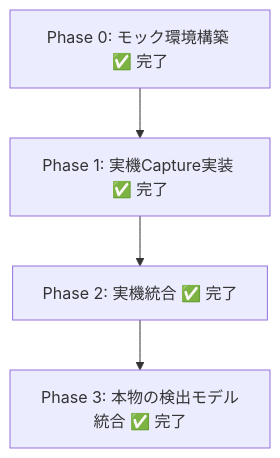
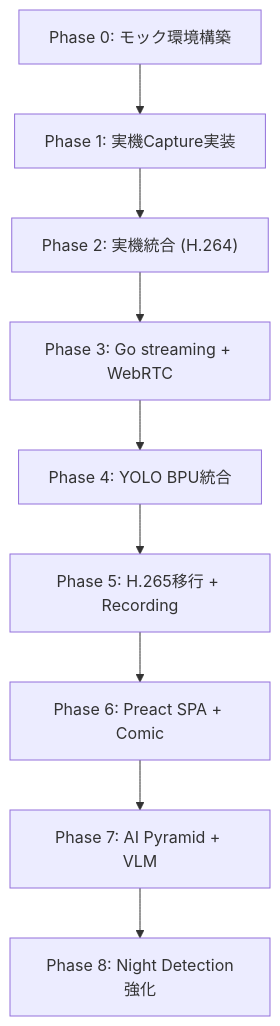
The diagram in docs/development_roadmap.md (dj-oyu/rdk-x5_smart-pet-camera), drawn with Mermaid before and after one commit. The commit also changed other lines of this file and 32 other files, not shown here.

````diff
--- a/docs/development_roadmap.md
+++ b/docs/development_roadmap.md
@@ -20,9 +20,15 @@
 ```mermaid
 graph TD
-    p0["Phase 0: モック環境構築 ✅ 完了"]
-    p1["Phase 1: 実機Capture実装 ✅ 完了"]
-    p2["Phase 2: 実機統合 ✅ 完了"]
-    p3["Phase 3: 本物の検出モデル統合 ✅ 完了"]
+    p0["Phase 0: モック環境構築"]
+    p1["Phase 1: 実機Capture実装"]
+    p2["Phase 2: 実機統合 (H.264)"]
+    p3["Phase 3: Go streaming + WebRTC"]
+    p4["Phase 4: YOLO BPU統合"]
+    p5["Phase 5: H.265移行 + Recording"]
+    p6["Phase 6: Preact SPA + Comic"]
+    p7["Phase 7: AI Pyramid + VLM"]
+    p8["Phase 8: Night Detection強化"]
 
-    p0 --> p1 --> p2 --> p3
+    p0 --> p1 --> p2 --> p3 --> p4
+    p4 --> p5 --> p6 --> p7 --> p8
 ```
````
